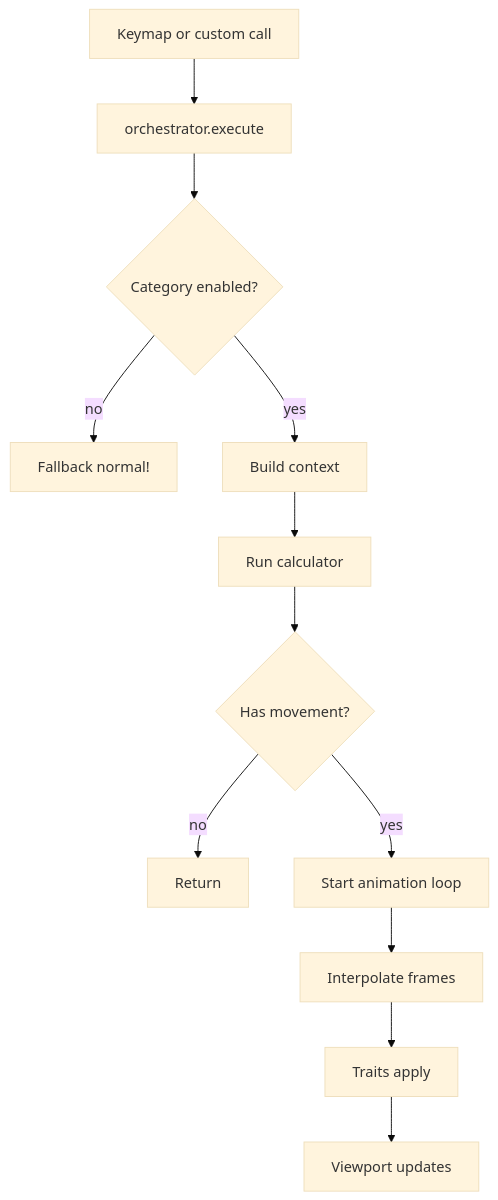
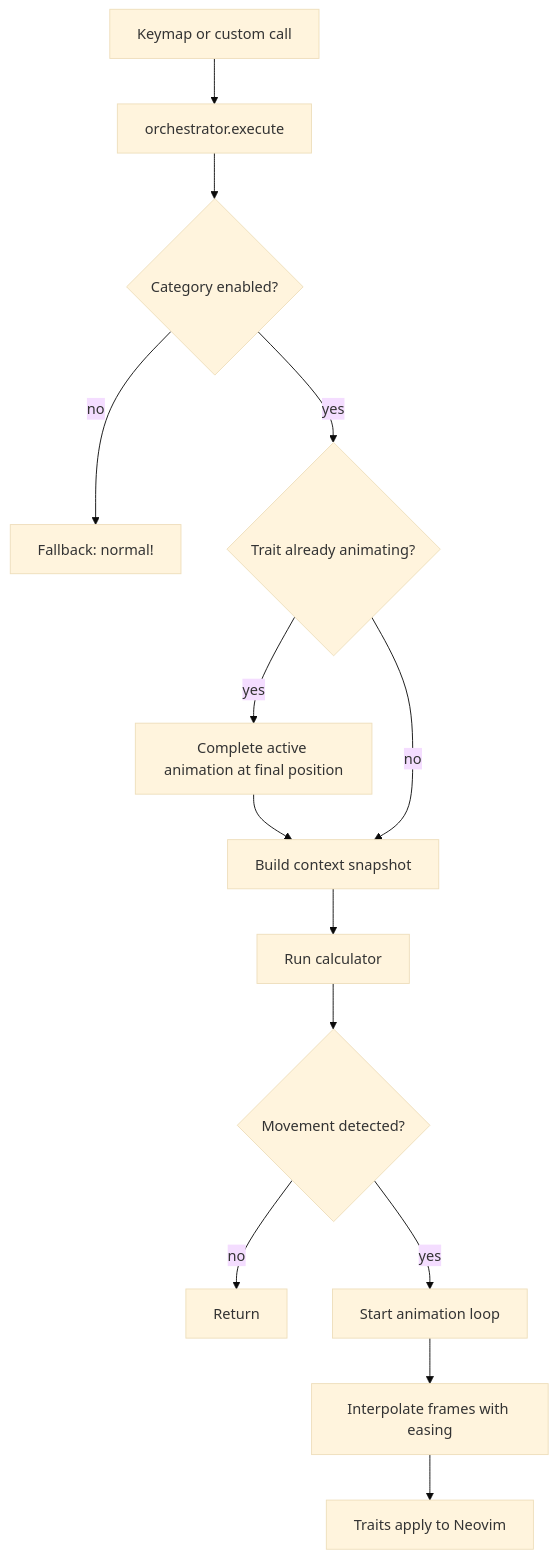
One commit to josstei/whisk.nvim changed the first of 2 diagrams in docs/ARCHITECTURE.md. Above: the diagram before and after it, drawn with Mermaid (base theme). The commit also changed other lines of this file and 64 other files, not shown here.

````diff
--- a/docs/ARCHITECTURE.md
+++ b/docs/ARCHITECTURE.md
@@ -17,14 +78,16 @@
 ```mermaid
 flowchart TD
   A[Keymap or custom call] --> B[orchestrator.execute]
   B --> C{Category enabled?}
-  C -- no --> D[Fallback normal!]
-  C -- yes --> E[Build context]
-  E --> F[Run calculator]
-  F --> G{Has movement?}
-  G -- no --> H[Return]
-  G -- yes --> I[Start animation loop]
-  I --> J[Interpolate frames]
-  J --> K[Traits apply]
-  K --> L[Viewport updates]
+  C -- no --> D[Fallback: normal!]
+  C -- yes --> E{Trait already animating?}
+  E -- yes --> F[Complete active animation at final position]
+  F --> G[Build context snapshot]
+  E -- no --> G
+  G --> H[Run calculator]
+  H --> I{Movement detected?}
+  I -- no --> J[Return]
+  I -- yes --> K[Start animation loop]
+  K --> L[Interpolate frames with easing]
+  L --> M[Traits apply to Neovim]
 ```
````
